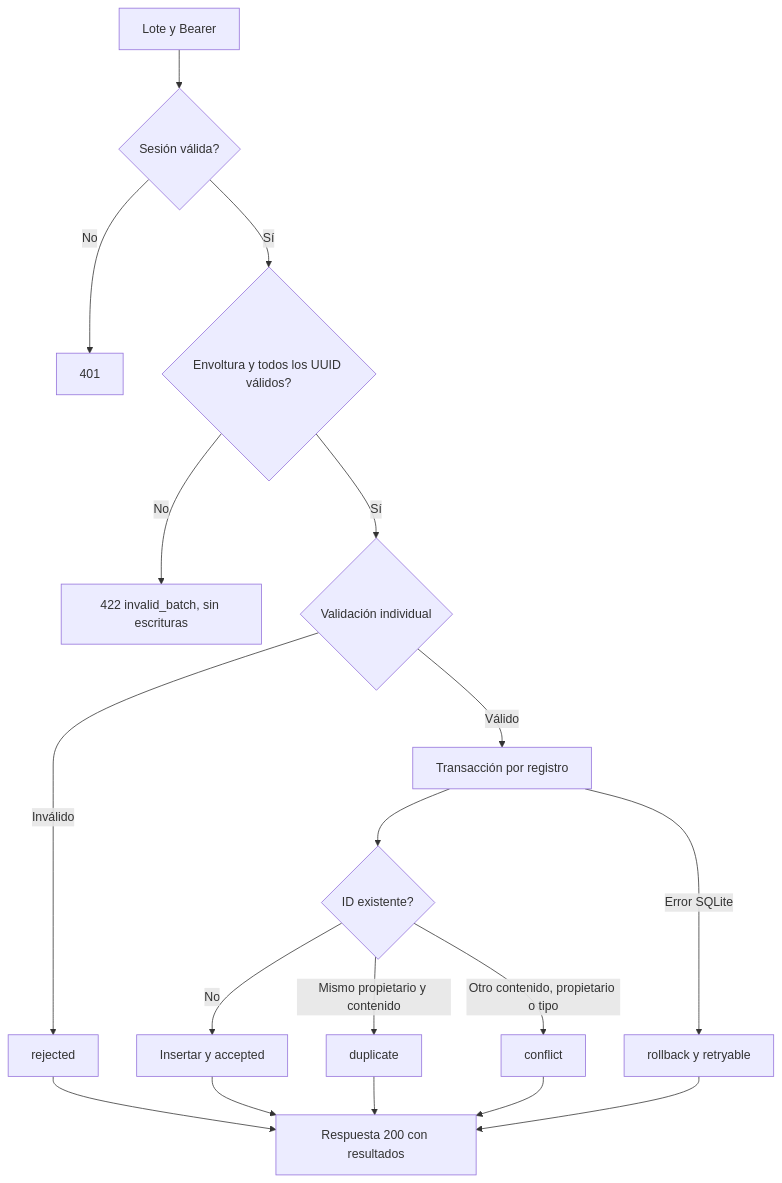
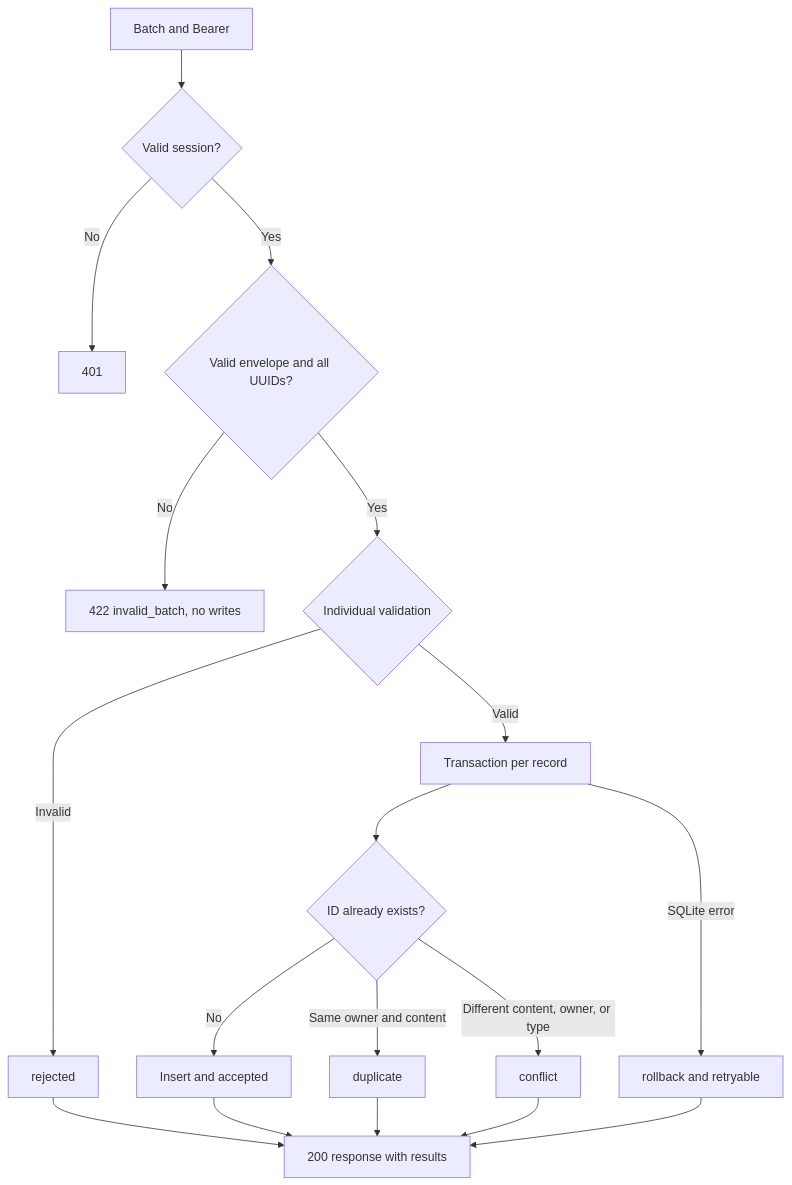
Before and after one commit to eir-nasa/Backend: the second of 2 diagrams in docs/technical/06-synchronization.md, drawn with Mermaid. The commit also changed other lines of this file and 10 other files, not shown here.

````diff
--- a/docs/technical/06-synchronization.md
+++ b/docs/technical/06-synchronization.md
@@ -26,20 +26,20 @@
 ```mermaid
 flowchart TD
-  A[Lote y Bearer] --> B{Sesión válida?}
+  A[Batch and Bearer] --> B{Valid session?}
   B -- No --> U[401]
-  B -- Sí --> C{Envoltura y todos los UUID válidos?}
-  C -- No --> V[422 invalid_batch, sin escrituras]
-  C -- Sí --> D{Validación individual}
-  D -- Inválido --> R[rejected]
-  D -- Válido --> E[Transacción por registro]
-  E --> F{ID existente?}
-  F -- No --> G[Insertar y accepted]
-  F -- Mismo propietario y contenido --> H[duplicate]
-  F -- Otro contenido, propietario o tipo --> I[conflict]
-  E -- Error SQLite --> J[rollback y retryable]
-  R --> K[Respuesta 200 con resultados]
+  B -- Yes --> C{Valid envelope and all UUIDs?}
+  C -- No --> V[422 invalid_batch, no writes]
+  C -- Yes --> D{Individual validation}
+  D -- Invalid --> R[rejected]
+  D -- Valid --> E[Transaction per record]
+  E --> F{ID already exists?}
+  F -- No --> G[Insert and accepted]
+  F -- Same owner and content --> H[duplicate]
+  F -- Different content, owner, or type --> I[conflict]
+  E -- SQLite error --> J[rollback and retryable]
+  R --> K[200 response with results]
   G --> K
   H --> K
   I --> K
   J --> K
 ```
````
